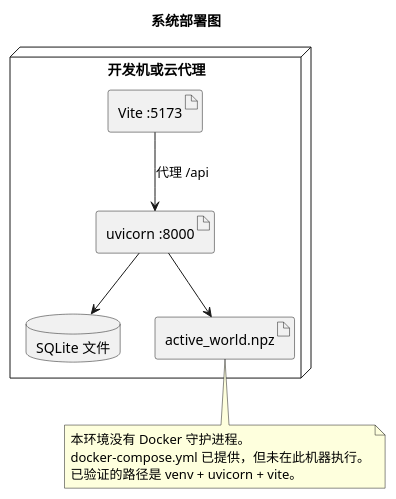
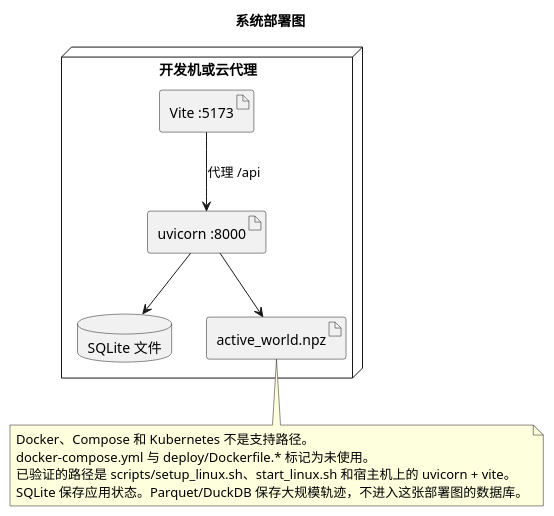
Diagram 13 of 17 in docs/uml/diagrams.puml (ChlorineHi/GraduateProject), drawn with PlantUML before and after one commit. The commit also changed other lines of this file and 47 other files, not shown here.

```diff
--- a/docs/uml/diagrams.puml
+++ b/docs/uml/diagrams.puml
@@ -358,18 +358,19 @@
 @startuml 13_系统部署图
 skinparam defaultFontName WenQuanYi Micro Hei
 title 系统部署图
 node "开发机或云代理" {
   artifact "Vite :5173" as Vite
   artifact "uvicorn :8000" as Uvicorn
   database "SQLite 文件" as SQLite
   artifact "active_world.npz" as World
 }
 Vite --> Uvicorn : 代理 /api
 Uvicorn --> SQLite
 Uvicorn --> World
 note bottom
-本环境没有 Docker 守护进程。
-docker-compose.yml 已提供，但未在此机器执行。
-已验证的路径是 venv + uvicorn + vite。
+Docker、Compose 和 Kubernetes 不是支持路径。
+docker-compose.yml 与 deploy/Dockerfile.* 标记为未使用。
+已验证的路径是 scripts/setup_linux.sh、start_linux.sh 和宿主机上的 uvicorn + vite。
+SQLite 保存应用状态。Parquet/DuckDB 保存大规模轨迹，不进入这张部署图的数据库。
 end note
 @enduml
```
